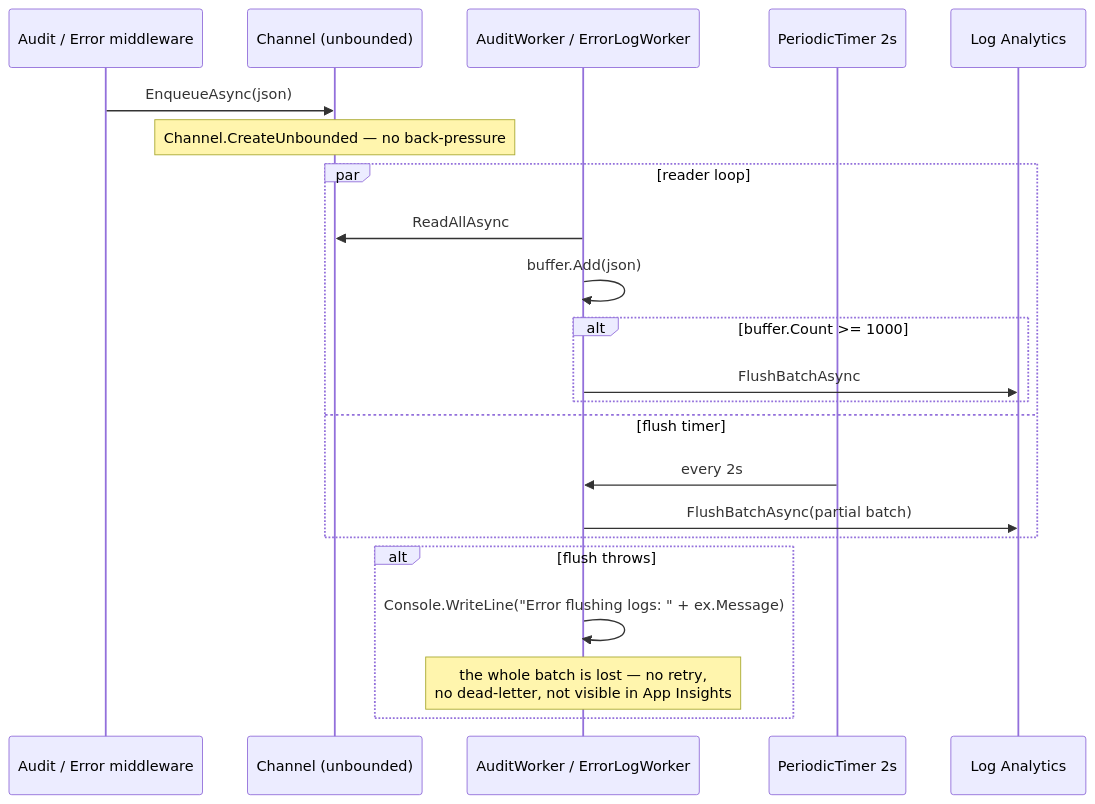
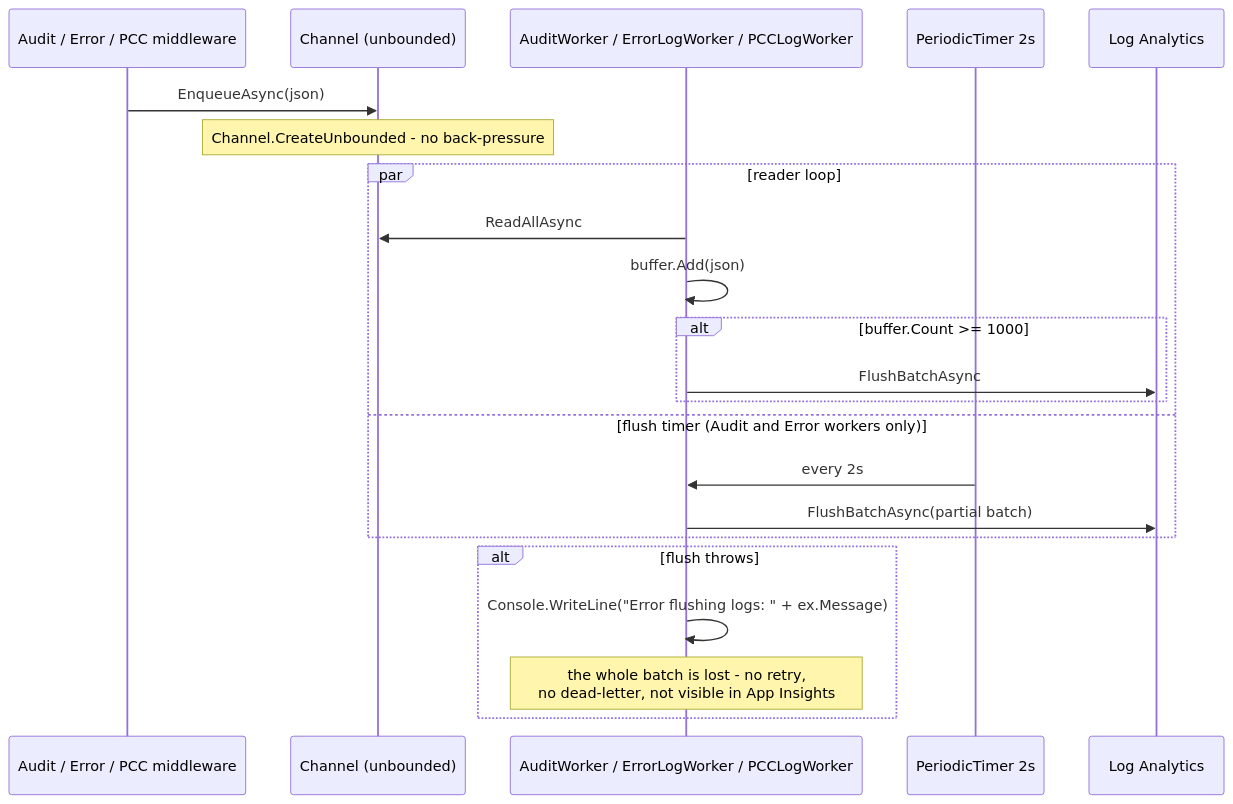
Before and after one commit to hemsingh-3PG/sai-systems-AIRE: the second of 5 diagrams in docs/architecture/current/08-background-processing-deep-dive.md, drawn with Mermaid. The commit also changed other lines of this file and 285 other files, not shown here.

````diff
--- a/docs/architecture/current/08-background-processing-deep-dive.md
+++ b/docs/architecture/current/08-background-processing-deep-dive.md
@@ -93,25 +124,25 @@
 ```mermaid
 sequenceDiagram
-  participant MW as Audit / Error middleware
+  participant MW as Audit / Error / PCC middleware
   participant CH as Channel (unbounded)
-  participant W as AuditWorker / ErrorLogWorker
+  participant W as AuditWorker / ErrorLogWorker / PCCLogWorker
   participant TM as PeriodicTimer 2s
   participant LAW as Log Analytics
 
   MW->>CH: EnqueueAsync(json)
-  Note over CH: Channel.CreateUnbounded — no back-pressure
+  Note over CH: Channel.CreateUnbounded - no back-pressure
   par reader loop
     W->>CH: ReadAllAsync
     W->>W: buffer.Add(json)
     alt buffer.Count >= 1000
       W->>LAW: FlushBatchAsync
     end
-  and flush timer
+  and flush timer (Audit and Error workers only)
     TM->>W: every 2s
     W->>LAW: FlushBatchAsync(partial batch)
   end
   alt flush throws
     W->>W: Console.WriteLine("Error flushing logs: " + ex.Message)
-    Note over W: the whole batch is lost — no retry,<br/>no dead-letter, not visible in App Insights
+    Note over W: the whole batch is lost - no retry,<br/>no dead-letter, not visible in App Insights
   end
 ```
````
